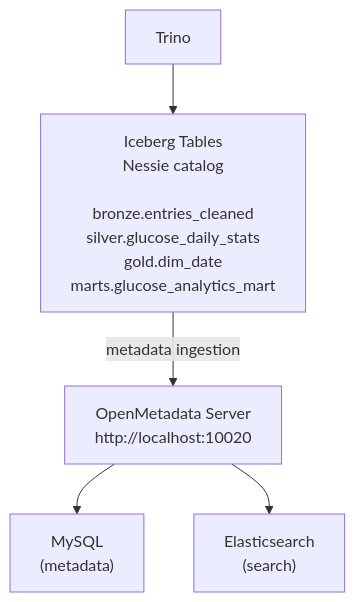
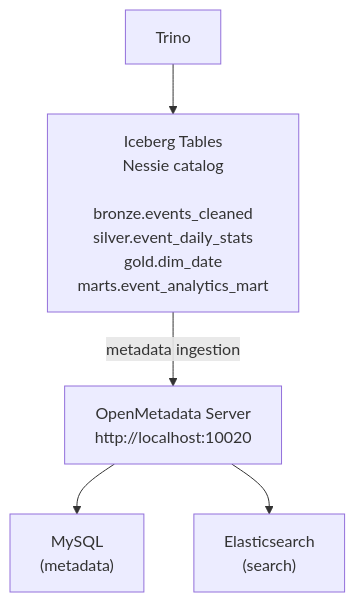
Before and after one commit to iamgp/phlo: the diagram in docs/setup/openmetadata.md, drawn with Mermaid. The commit also changed other lines of this file and 80 other files, not shown here.

````diff
--- a/docs/setup/openmetadata.md
+++ b/docs/setup/openmetadata.md
@@ -30,13 +30,13 @@
 ```mermaid
 flowchart TB
     ui["OpenMetadata Server<br/>http://localhost:10020"]
     mysql["MySQL<br/>(metadata)"]
     elastic["Elasticsearch<br/>(search)"]
     trino["Trino"]
-    iceberg["Iceberg Tables<br/>Nessie catalog<br/><br/>bronze.entries_cleaned<br/>silver.glucose_daily_stats<br/>gold.dim_date<br/>marts.glucose_analytics_mart"]
+    iceberg["Iceberg Tables<br/>Nessie catalog<br/><br/>bronze.events_cleaned<br/>silver.event_daily_stats<br/>gold.dim_date<br/>marts.event_analytics_mart"]
 
     trino --> iceberg
     iceberg -->|metadata ingestion| ui
     ui --> mysql
     ui --> elastic
 ```
````
